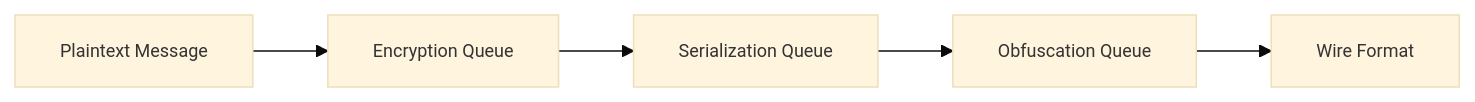
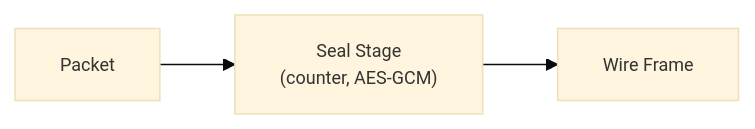
The fourth of 8 diagrams in ARCHITECTURE.md (AndrewRedican/hyperfrontend), drawn with Mermaid before and after one commit. The commit also changed other lines of this file and 4 other files, not shown here.

````diff
--- a/ARCHITECTURE.md
+++ b/ARCHITECTURE.md
@@ -235,13 +241,11 @@
 ```mermaid
 ---
 config:
   theme: base
   themeVariables:
     fontSize: 12px
 ---
 flowchart LR
-    A1["Plaintext Message"] --> B1["Encryption Queue"]
-    B1 --> C1["Serialization Queue"]
-    C1 --> D1["Obfuscation Queue"]
-    D1 --> E1["Wire Format"]
+    A1["Packet"] --> B1["Seal Stage<br/>(counter, AES-GCM)"]
+    B1 --> C1["Wire Frame"]
 ```
````
